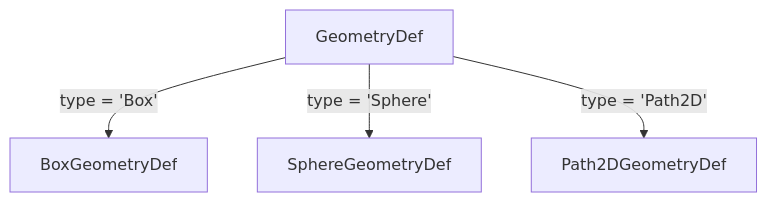
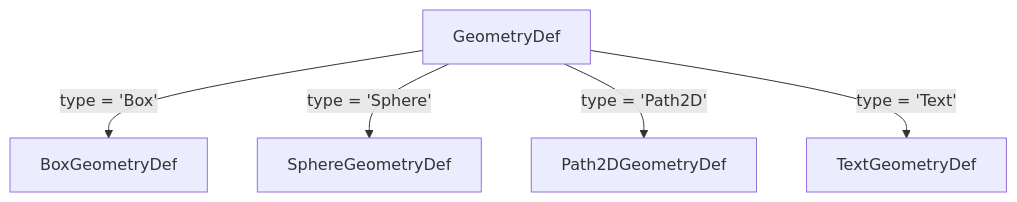
Before and after one commit to joshuacba08/oroya-animate: the sixth of 10 diagrams in docs/api-reference.md, drawn with Mermaid. The commit also changed other lines of this file and 11 other files, not shown here.

First line of the commit message:
feat(renderer-svg): add support for Text geometry and gradient fills

````diff
--- a/docs/api-reference.md
+++ b/docs/api-reference.md
@@ -400,6 +401,7 @@
 ```mermaid
 graph TD
     GD["GeometryDef"] -->|"type = 'Box'"| Box["BoxGeometryDef"]
     GD -->|"type = 'Sphere'"| Sphere["SphereGeometryDef"]
     GD -->|"type = 'Path2D'"| Path["Path2DGeometryDef"]
+    GD -->|"type = 'Text'"| Text["TextGeometryDef"]
 ```
````
